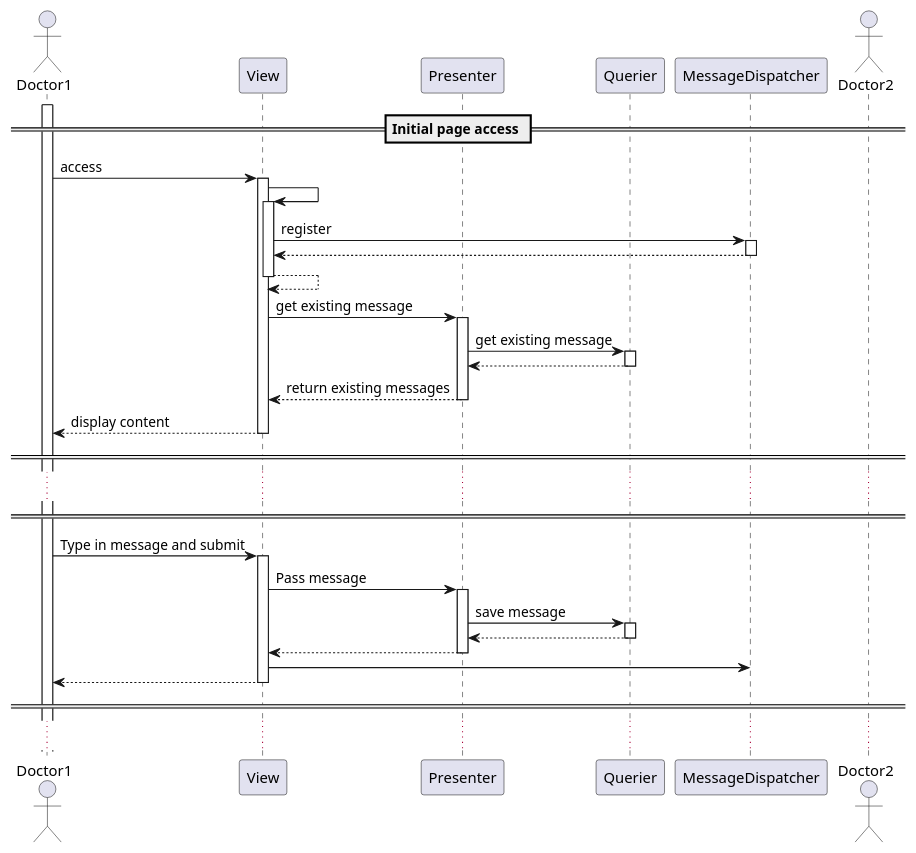
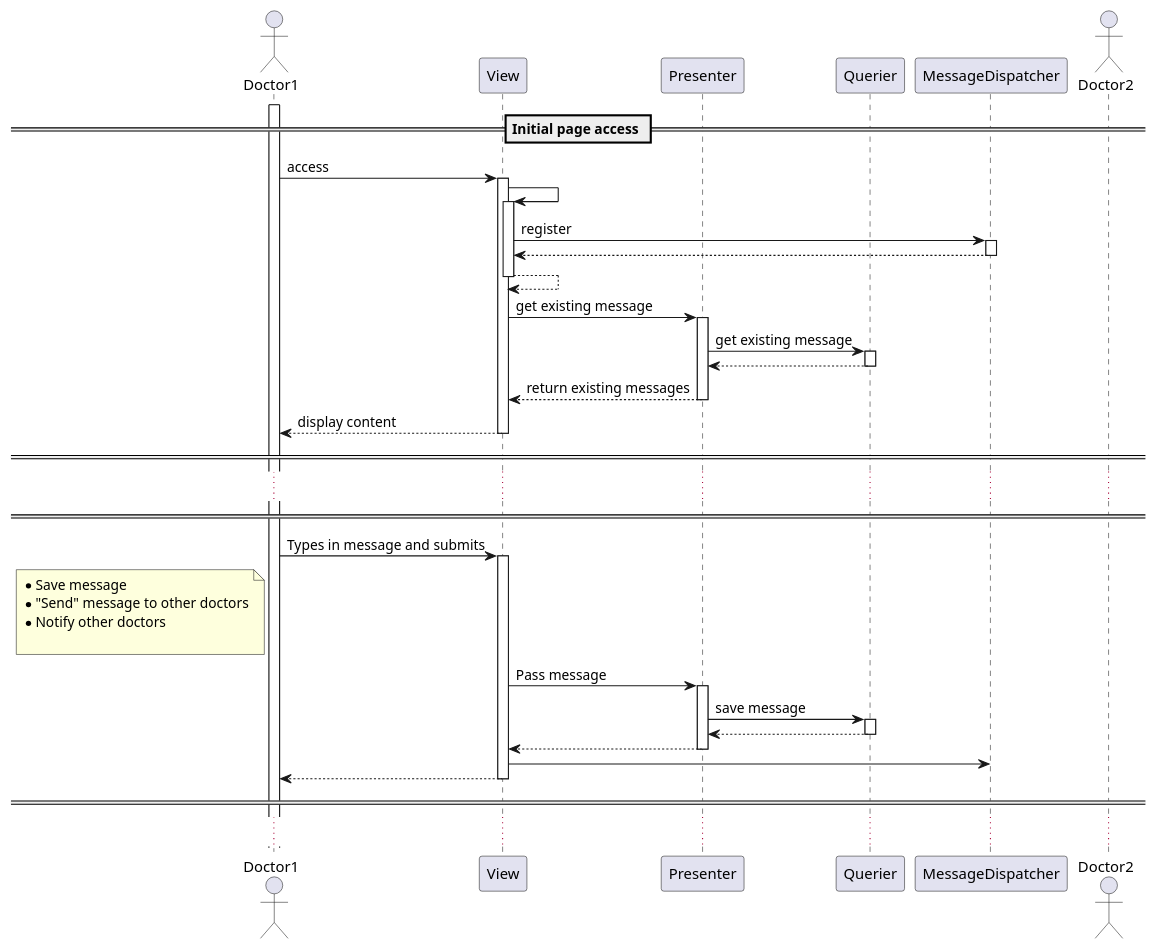
Before and after one commit to thetractor/ch.bfh.bti7081.s2019.orange: the diagram in doc/MessageCommunication.puml, drawn with PlantUML.

Commit message:
feat: Extend message sequence diagram (sprint2-messaging)

```diff
--- a/doc/MessageCommunication.puml
+++ b/doc/MessageCommunication.puml
@@ -1,65 +1,71 @@
 @startuml
 actor Doctor1
 participant View
 participant Presenter
 participant Querier
 participant MessageDispatcher
 actor Doctor2
 
 'asynchron: a ->> b
 
 
 activate Doctor1
 == Initial page access ==
 Doctor1 -> View: access
 activate View
 ' ********* Register ********
 View -> View
 activate View
 View -> MessageDispatcher: register
 activate MessageDispatcher
 
 MessageDispatcher --> View
 deactivate MessageDispatcher
 View --> View
 deactivate View
 ' ***************************
 
 View -> Presenter: get existing message
 activate Presenter
 Presenter -> Querier: get existing message
 activate Querier
 Querier --> Presenter
 deactivate Querier
 Presenter --> View: return existing messages
 deactivate Presenter
 View --> Doctor1: display content
 deactivate View
 
 == ==
 ...
 
 ==  ==
-Doctor1 -> View: Type in message and submit
+Doctor1 -> View: Types in message and submits
+note left of Doctor1
+    *Save message
+    *"Send" message to other doctors
+    *Notify other doctors
+
+end note
 activate View
 View -> Presenter: Pass message
 activate Presenter
 Presenter -> Querier: save message
 activate Querier
 Querier --> Presenter
 deactivate Querier
 Presenter --> View
 deactivate Presenter
 
 View -> MessageDispatcher
 
 View --> Doctor1
 deactivate View
 == ==
 
 ...
 
 
 
 
 @enduml
```
